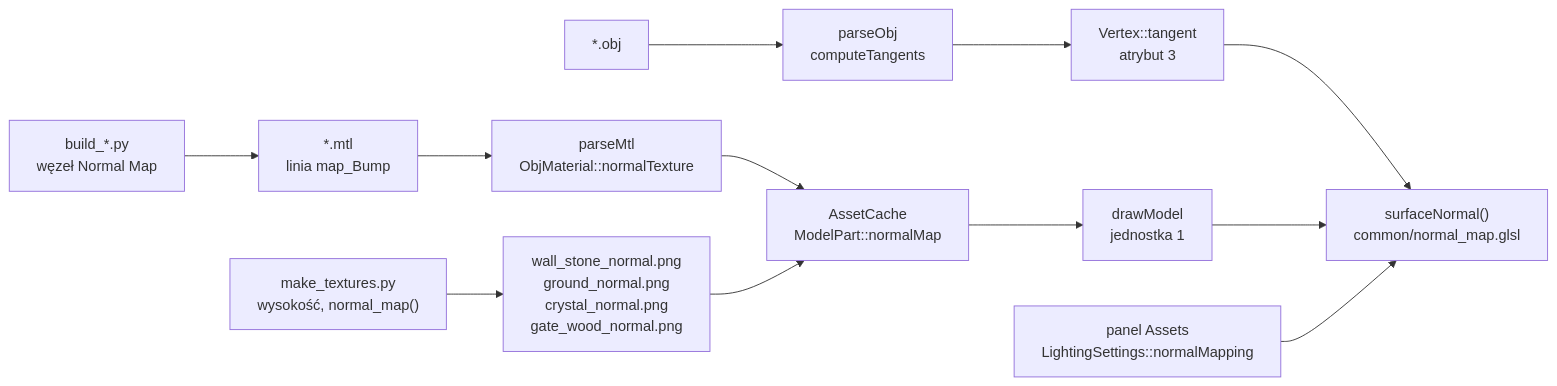
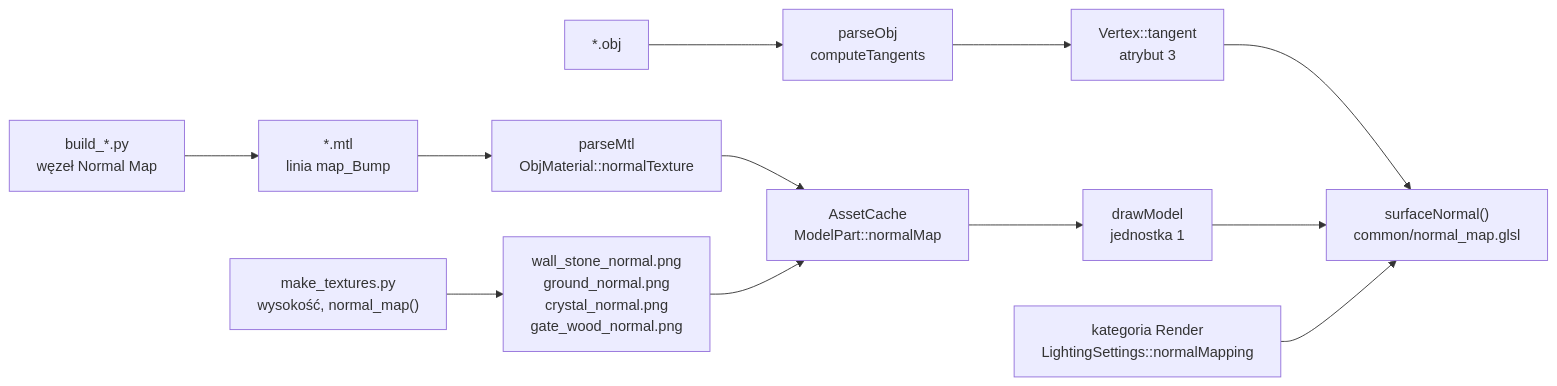
The second of 2 diagrams in docs/modules/gfx/normal-mapping.md (Shironex/night-maze), drawn with Mermaid before and after one commit. The commit also changed other lines of this file and 91 other files, not shown here.

````diff
--- a/docs/modules/gfx/normal-mapping.md
+++ b/docs/modules/gfx/normal-mapping.md
@@ -544,14 +544,14 @@
 ```mermaid
 flowchart LR
     Script["make_textures.py<br/>wysokość, normal_map()"] --> Png["wall_stone_normal.png<br/>ground_normal.png<br/>crystal_normal.png<br/>gate_wood_normal.png"]
     Build["build_*.py<br/>węzeł Normal Map"] --> Mtl["*.mtl<br/>linia map_Bump"]
     Mtl --> Parser["parseMtl<br/>ObjMaterial::normalTexture"]
     Obj["*.obj"] --> ParseObj["parseObj<br/>computeTangents"]
     ParseObj --> Vertex["Vertex::tangent<br/>atrybut 3"]
     Parser --> Cache["AssetCache<br/>ModelPart::normalMap"]
     Png --> Cache
     Cache --> Renderer["drawModel<br/>jednostka 1"]
     Vertex --> Shader["surfaceNormal()<br/>common/normal_map.glsl"]
     Renderer --> Shader
-    Toggle["panel Assets<br/>LightingSettings::normalMapping"] --> Shader
+    Toggle["kategoria Render<br/>LightingSettings::normalMapping"] --> Shader
 ```
````
